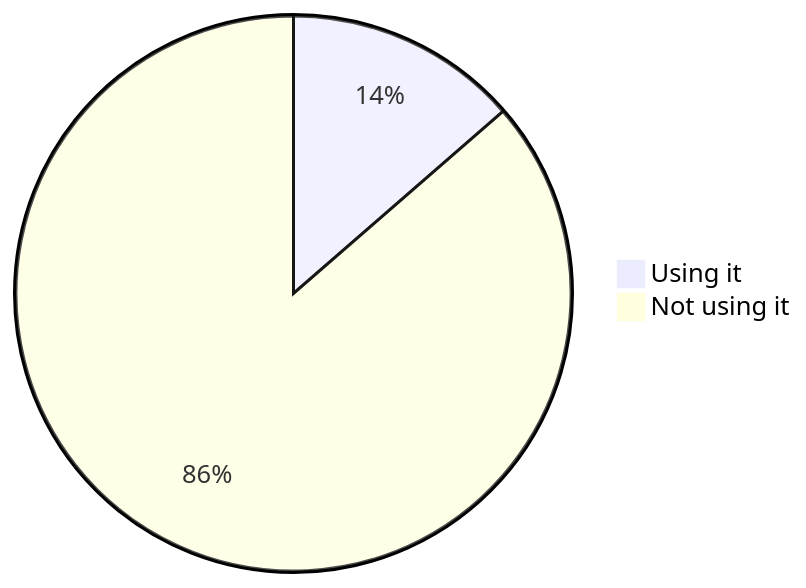
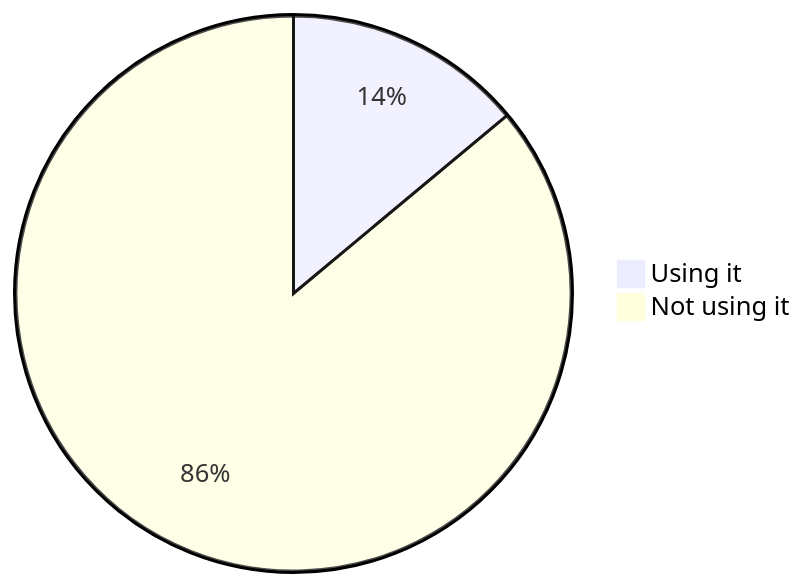
One commit to oshp/oshp-stats changed the fourth of 22 diagrams in stats.md. Above: the diagram before and after it, drawn with Mermaid. The commit also changed other lines of this file, not shown here.

````diff
--- a/stats.md
+++ b/stats.md
@@ -46,6 +46,6 @@
 ```mermaid
 pie
-	"Using it" : 13.61
-	"Not using it" : 86.39
+	"Using it" : 13.94
+	"Not using it" : 86.06
 
 ```
````
